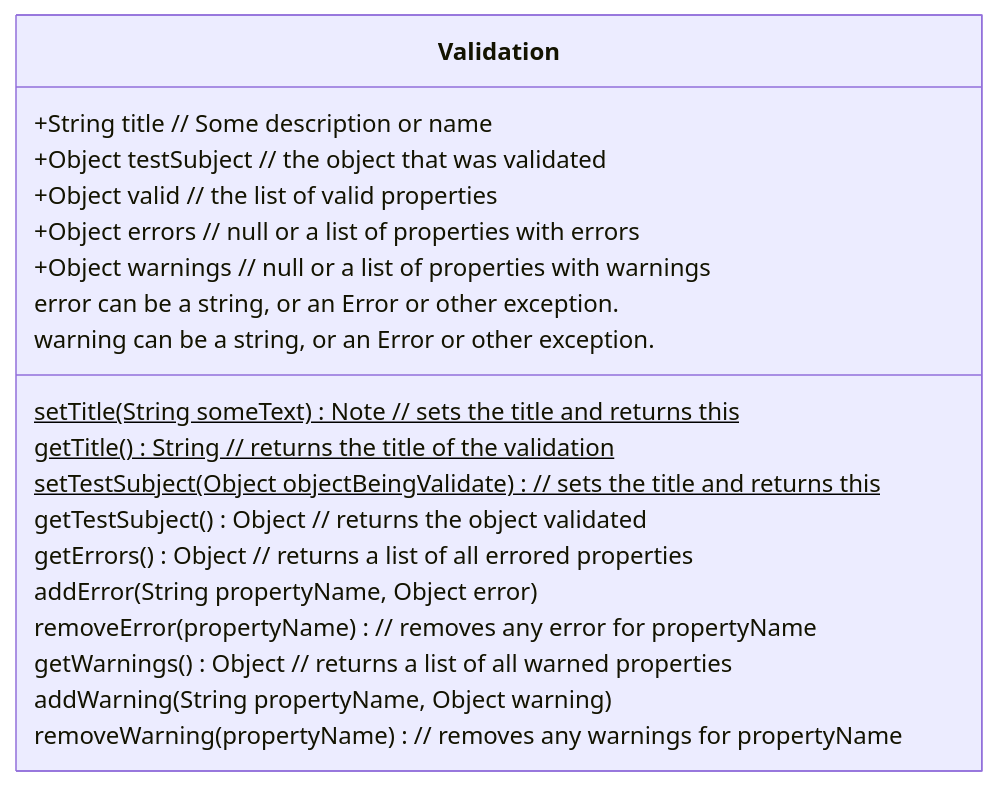
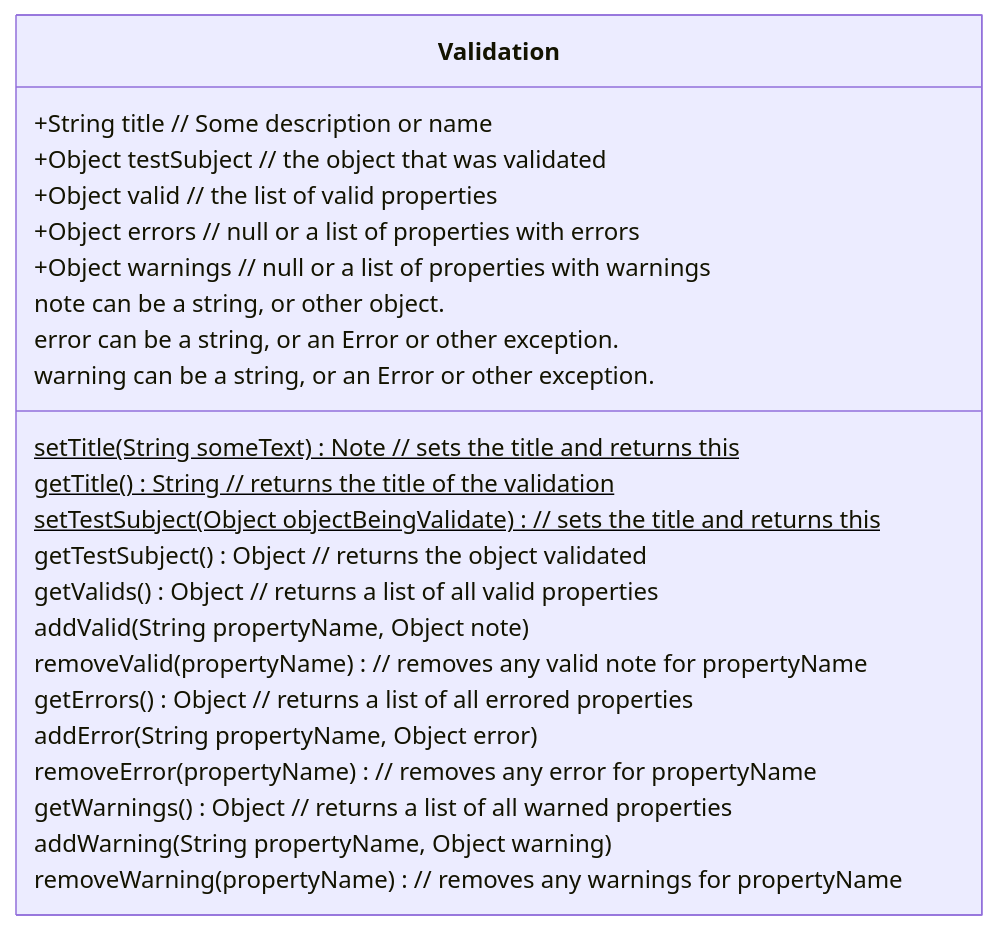
The diagram in ObjectModel/Validation.md (MichaelKentBurns/BibleModel), drawn with Mermaid before and after one commit. The commit also changed 4 other files, not shown here.

````diff
--- a/ObjectModel/Validation.md
+++ b/ObjectModel/Validation.md
@@ -18,22 +18,26 @@
  ```mermaid
  classDiagram
     class Validation {
          +String title   // Some description or name
          +Object testSubject   // the object that was validated
          +Object valid         // the list of valid properties
          +Object errors  // null or a list of properties with errors
          +Object warnings // null or a list of properties with warnings
      setTitle(String someText)$ Note  // sets the title and returns this
      getTitle()$ String // returns the title of the validation
      setTestSubject(Object objectBeingValidate)$ // sets the title and returns this
      getTestSubject()   Object   // returns the object validated
+     getValids()    Object // returns a list of all valid properties
+     addValid( String propertyName, Object note )
+            note can be a string, or other object.
+     removeValid(propertyName)  // removes any valid note for propertyName
      getErrors()    Object // returns a list of all errored properties
      addError( String propertyName, Object error )
             error can be a string, or an Error or other exception.
      removeError(propertyName)  // removes any error for propertyName
      getWarnings()    Object // returns a list of all warned properties
      addWarning( String propertyName, Object warning )
             warning can be a string, or an Error or other exception.
      removeWarning(propertyName)  // removes any warnings for propertyName
  }
  ```
````
